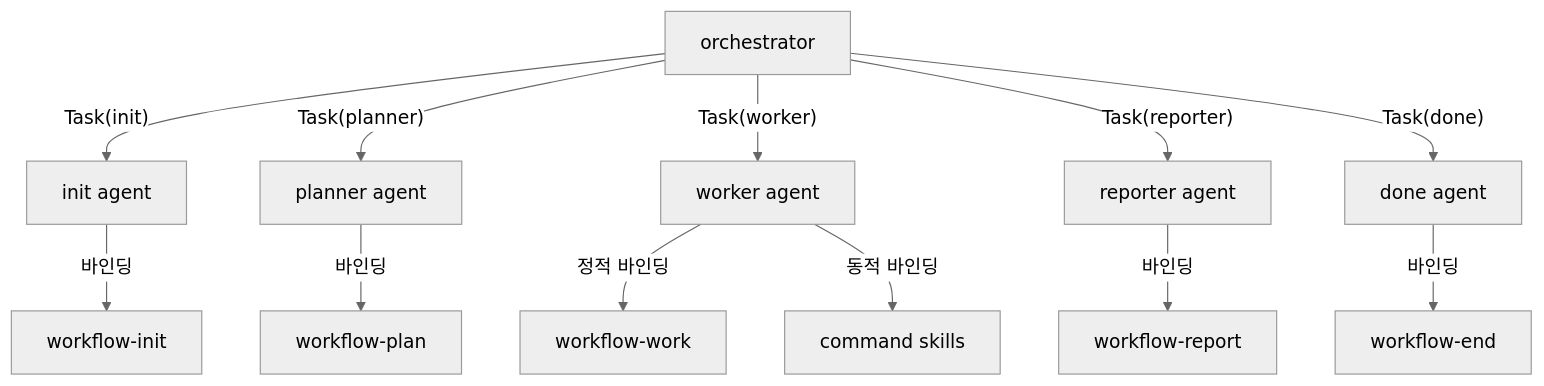
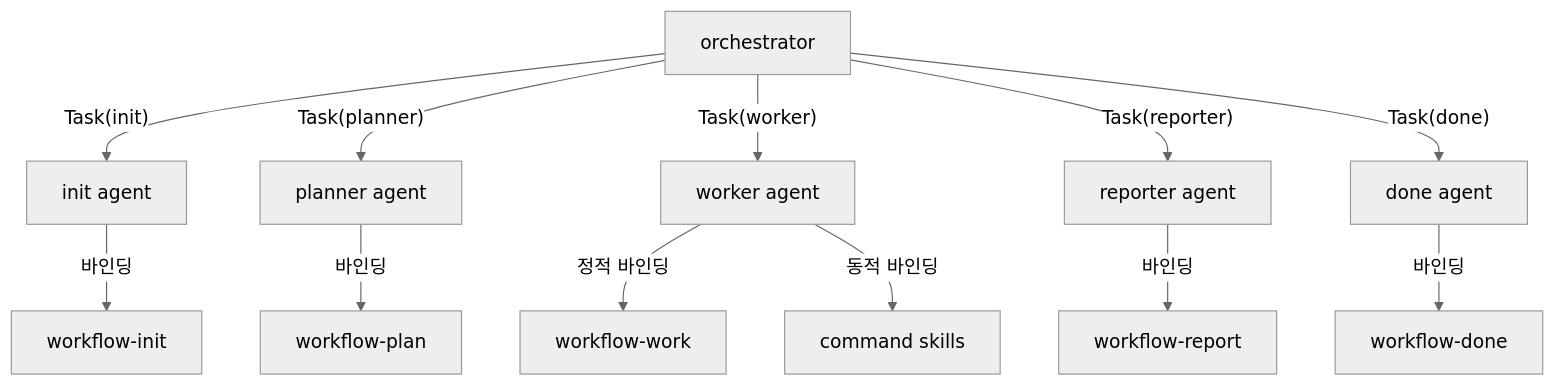
Before and after one commit to KoreanLeeChangHyun/claude-workflow: the diagram in .claude/skills/workflow-orchestration/common-reference.md, drawn with Mermaid (neutral theme). The commit also changed other lines of this file and 5 other files, not shown here.

````diff
--- a/.claude/skills/workflow-orchestration/common-reference.md
+++ b/.claude/skills/workflow-orchestration/common-reference.md
@@ -43,15 +43,15 @@
 ```mermaid
 flowchart TD
     ORCH[orchestrator] -->|"Task(init)"| INIT_A[init agent]
     ORCH -->|"Task(planner)"| PLAN_A[planner agent]
     ORCH -->|"Task(worker)"| WORK_A[worker agent]
     ORCH -->|"Task(reporter)"| REPORT_A[reporter agent]
     ORCH -->|"Task(done)"| END_A[done agent]
 
     INIT_A -->|바인딩| WF_INIT[workflow-init]
     PLAN_A -->|바인딩| WF_PLAN[workflow-plan]
     WORK_A -->|정적 바인딩| WF_WORK[workflow-work]
     WORK_A -->|동적 바인딩| CMD_SKILLS[command skills]
     REPORT_A -->|바인딩| WF_REPORT[workflow-report]
-    END_A -->|바인딩| WF_END[workflow-end]
+    END_A -->|바인딩| WF_END[workflow-done]
 ```
````
